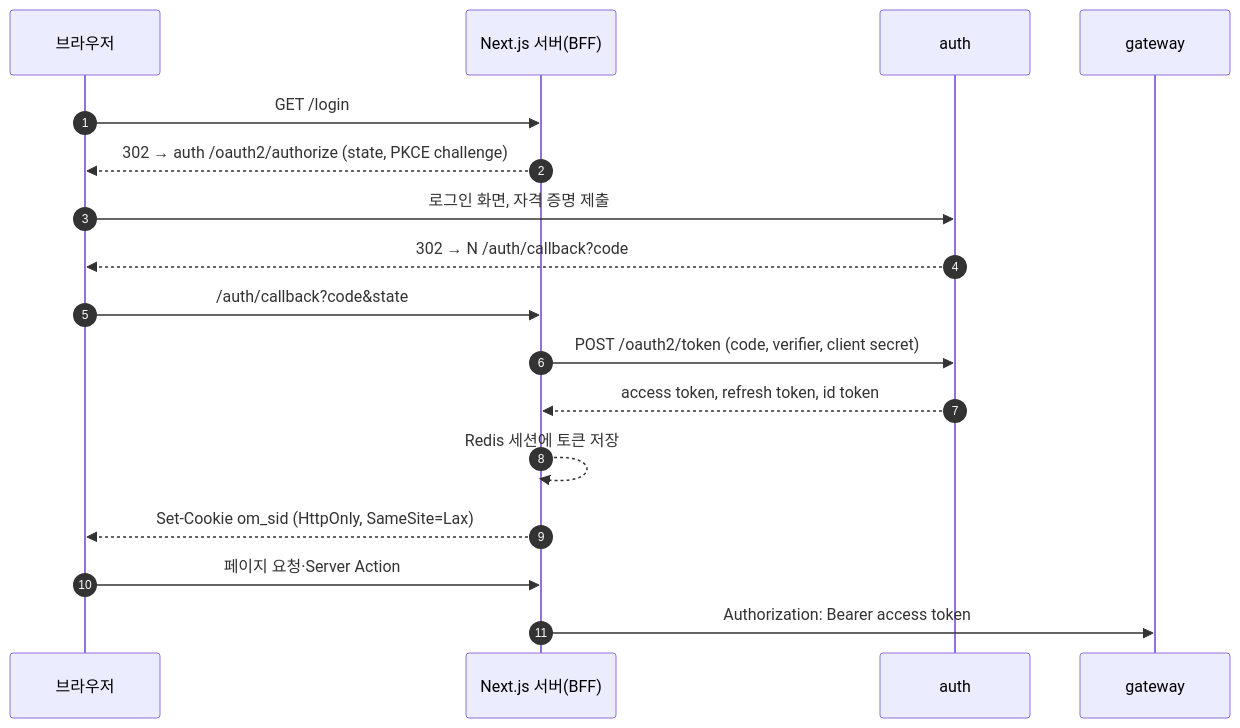
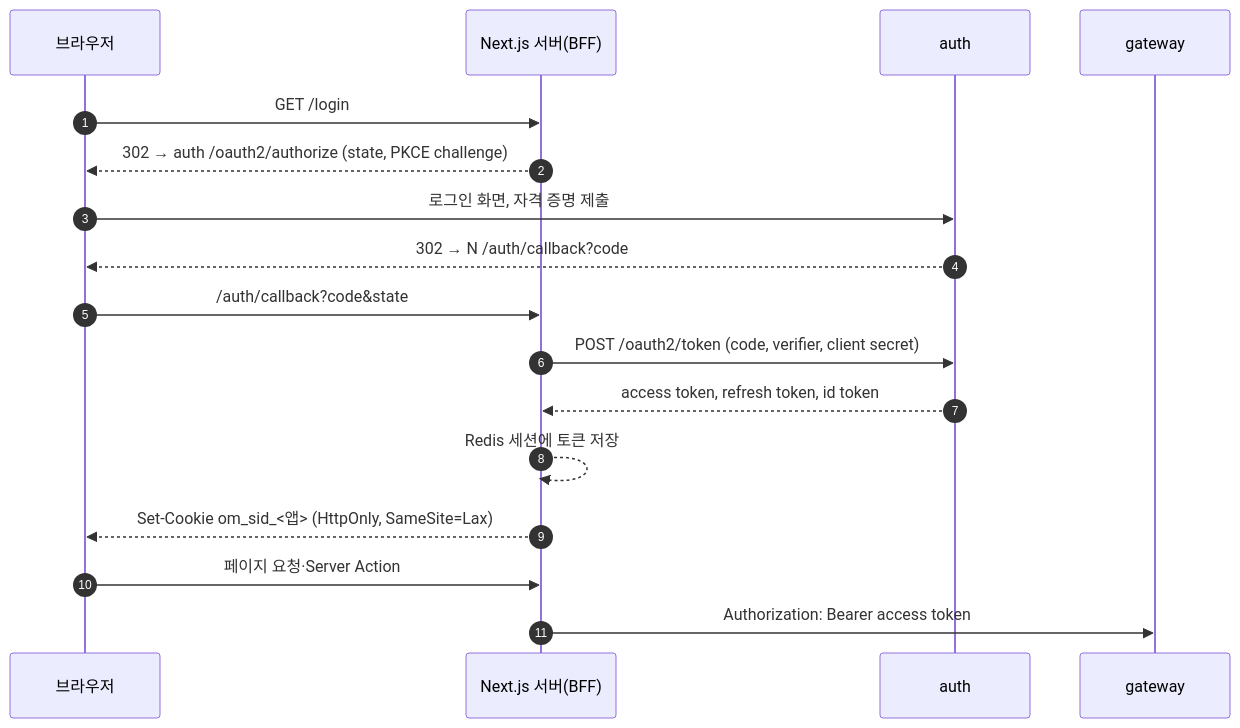
Before and after one commit to okabedev/open-market: the diagram in docs/architecture/auth.md, drawn with Mermaid. The commit also changed other lines of this file and 52 other files, not shown here.

````diff
--- a/docs/architecture/auth.md
+++ b/docs/architecture/auth.md
@@ -12,19 +12,19 @@
 ```mermaid
 sequenceDiagram
   autonumber
   participant U as 브라우저
   participant N as Next.js 서버(BFF)
   participant A as auth
   participant G as gateway
   U->>N: GET /login
   N-->>U: 302 → auth /oauth2/authorize (state, PKCE challenge)
   U->>A: 로그인 화면, 자격 증명 제출
   A-->>U: 302 → N /auth/callback?code
   U->>N: /auth/callback?code&state
   N->>A: POST /oauth2/token (code, verifier, client secret)
   A-->>N: access token, refresh token, id token
   N-->>N: Redis 세션에 토큰 저장
-  N-->>U: Set-Cookie om_sid (HttpOnly, SameSite=Lax)
+  N-->>U: Set-Cookie om_sid_<앱> (HttpOnly, SameSite=Lax)
   U->>N: 페이지 요청·Server Action
   N->>G: Authorization: Bearer access token
 ```
````
